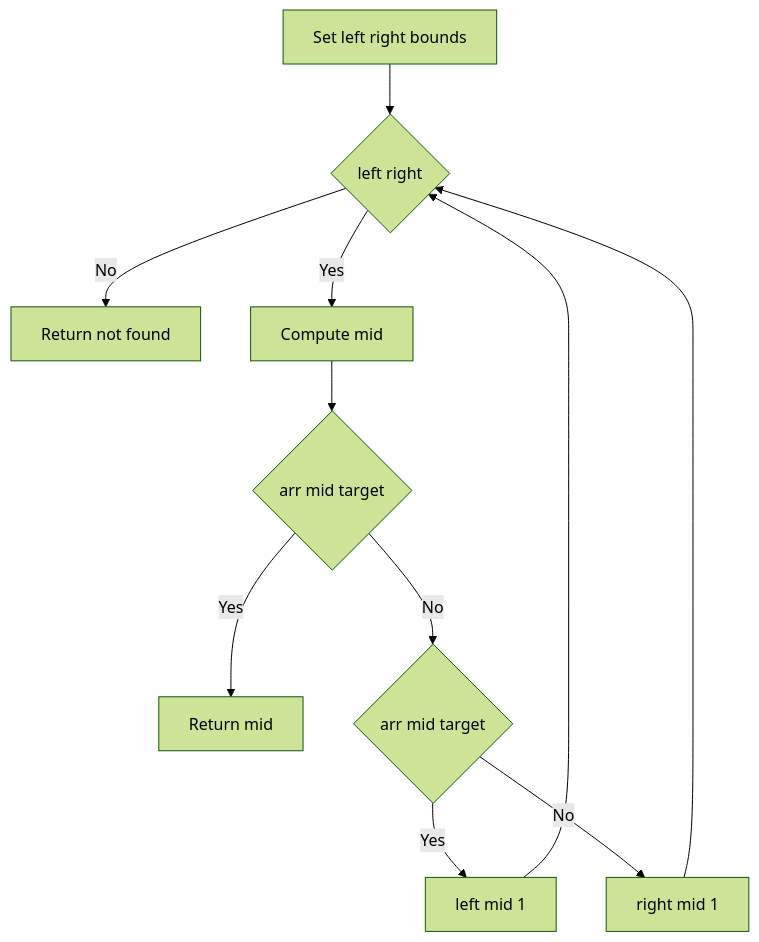
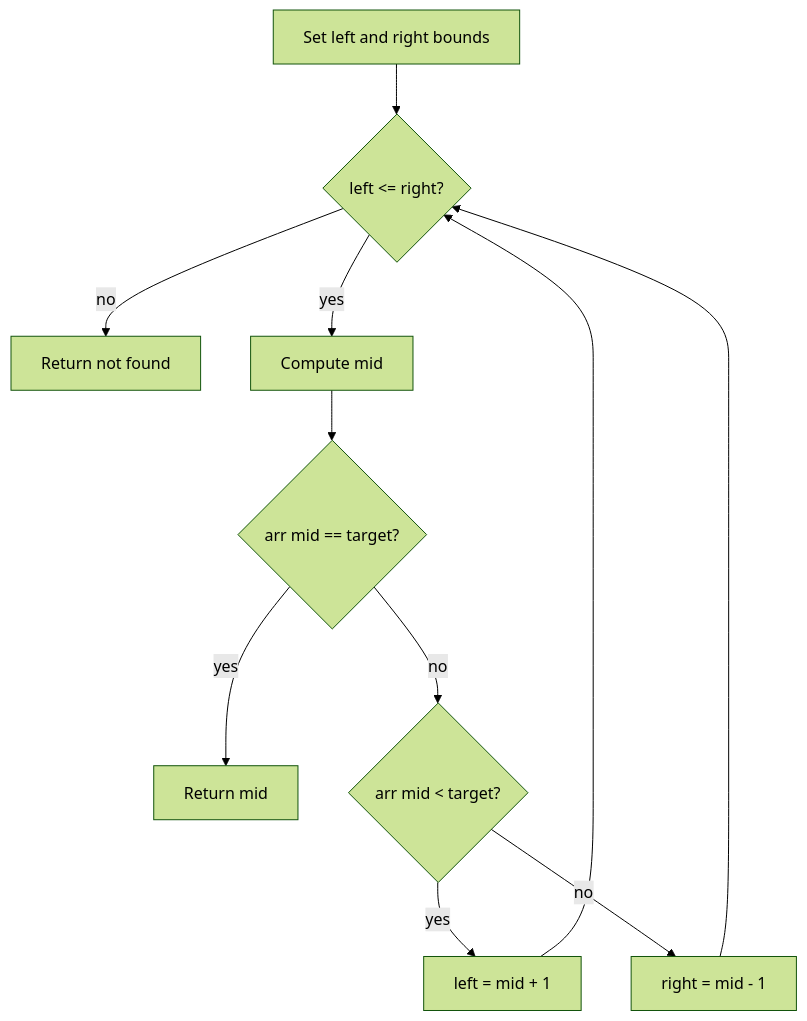
One commit to choisimo/document changed the diagram in content/docs/algorithms/algorithm-architect/02-sorting-searching/01-binary-search.md. Above: the diagram before and after it, drawn with Mermaid (forest theme). The commit also changed other lines of this file and 432 other files, not shown here.

````diff
--- a/content/docs/algorithms/algorithm-architect/02-sorting-searching/01-binary-search.md
+++ b/content/docs/algorithms/algorithm-architect/02-sorting-searching/01-binary-search.md
@@ -21,13 +73,13 @@
 ```mermaid
 flowchart TD
-    A[Set left right bounds] --> B{left right}
-    B -- No --> C[Return not found]
-    B -- Yes --> D[Compute mid]
-    D --> E{arr mid target}
-    E -- Yes --> F[Return mid]
-    E -- No --> G{arr mid target}
-    G -- Yes --> H[left mid 1]
-    G -- No --> I[right mid 1]
+    A[Set left and right bounds] --> B{left <= right?}
+    B -- no --> C[Return not found]
+    B -- yes --> D[Compute mid]
+    D --> E{arr mid == target?}
+    E -- yes --> F[Return mid]
+    E -- no --> G{arr mid < target?}
+    G -- yes --> H[left = mid + 1]
+    G -- no --> I[right = mid - 1]
     H --> B
     I --> B
 ```
````
